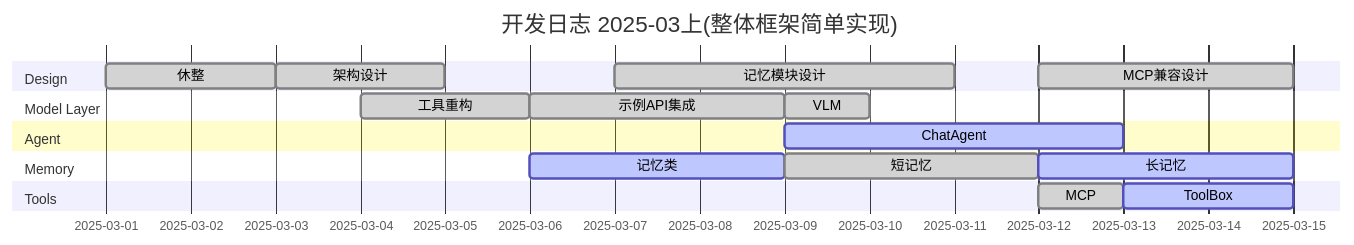
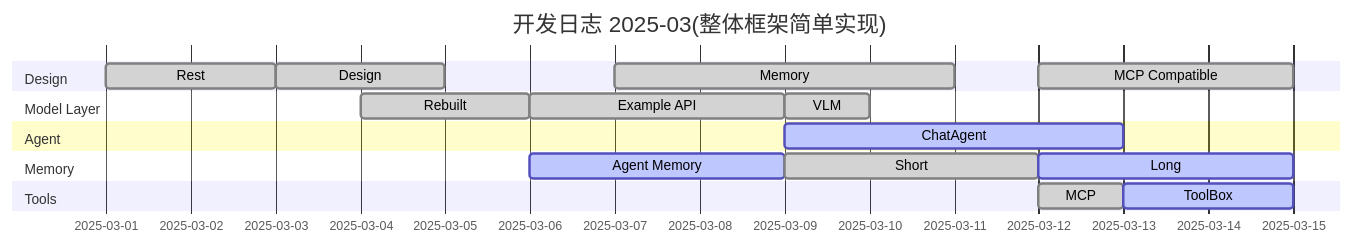
The first of 2 diagrams in addons/AIdot/.Asset/Develop_log.md (SleeeepyZhou/AIdot), drawn with Mermaid before and after one commit. The commit also changed other lines of this file and 3 other files, not shown here.

````diff
--- a/addons/AIdot/.Asset/Develop_log.md
+++ b/addons/AIdot/.Asset/Develop_log.md
@@ -27,26 +29,26 @@
 ```mermaid
 ---
 displayMode: compact
 ---
 gantt
-	title 开发日志 2025-03上(整体框架简单实现)
+	title 开发日志 2025-03(整体框架简单实现)
 	dateFormat  YYYY-MM-DD
 	section Design
-		休整 :done, 2025-03-01, 2d
-		架构设计 :done, 2025-03-03, 2d
-		记忆模块设计 :done, 2025-03-07, 4d
-		MCP兼容设计 :done, 2025-03-12, 3d
+		Rest :done, 2025-03-01, 2d
+		Design :done, 2025-03-03, 2d
+		Memory :done, 2025-03-07, 4d
+		MCP Compatible :done, 2025-03-12, 3d
 	section Model Layer
-		工具重构 :done, 2025-03-04, 2d
-		示例API集成 :done, 2025-03-06, 3d
+		Rebuilt :done, 2025-03-04, 2d
+		Example API :done, 2025-03-06, 3d
 		VLM :done, 2025-03-09, 1d
 	section Agent
 		ChatAgent :active, 2025-03-09, 4d
 	section Memory
-		记忆类 :active, 2025-03-06, 3d
-		短记忆 :done, 2025-03-09, 3d
-		长记忆 :active, 2025-03-12, 3d
+		Agent Memory :active, 2025-03-06, 3d
+		Short :done, 2025-03-09, 3d
+		Long :active, 2025-03-12, 3d
 	section Tools
 		MCP :done, 2025-03-12, 1d
 		ToolBox :active, 2025-03-13, 2d
 ```
````
